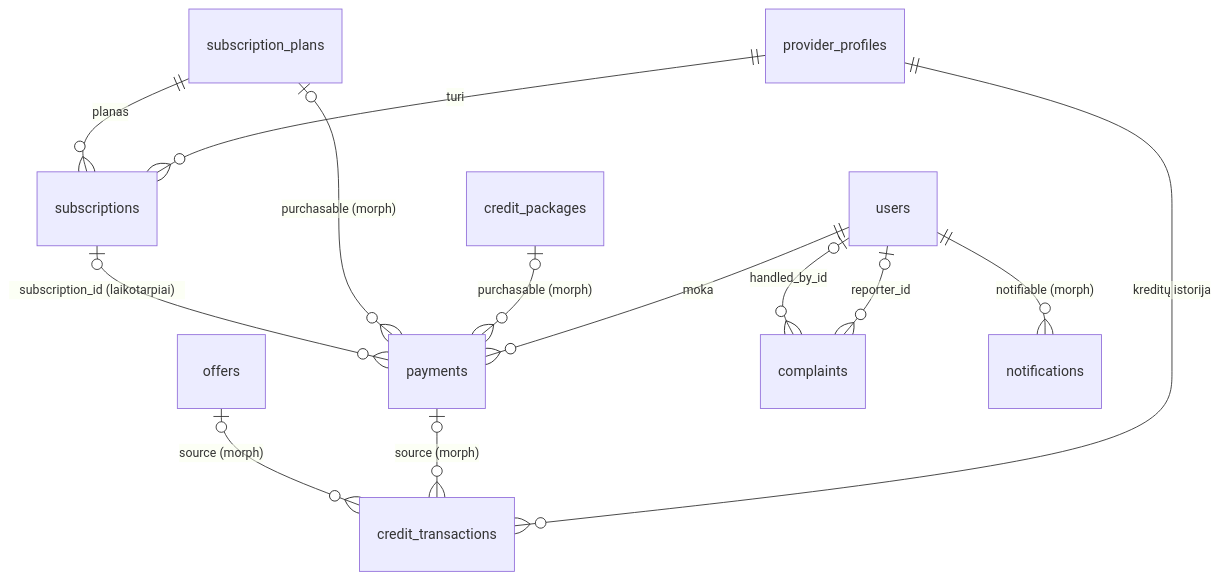
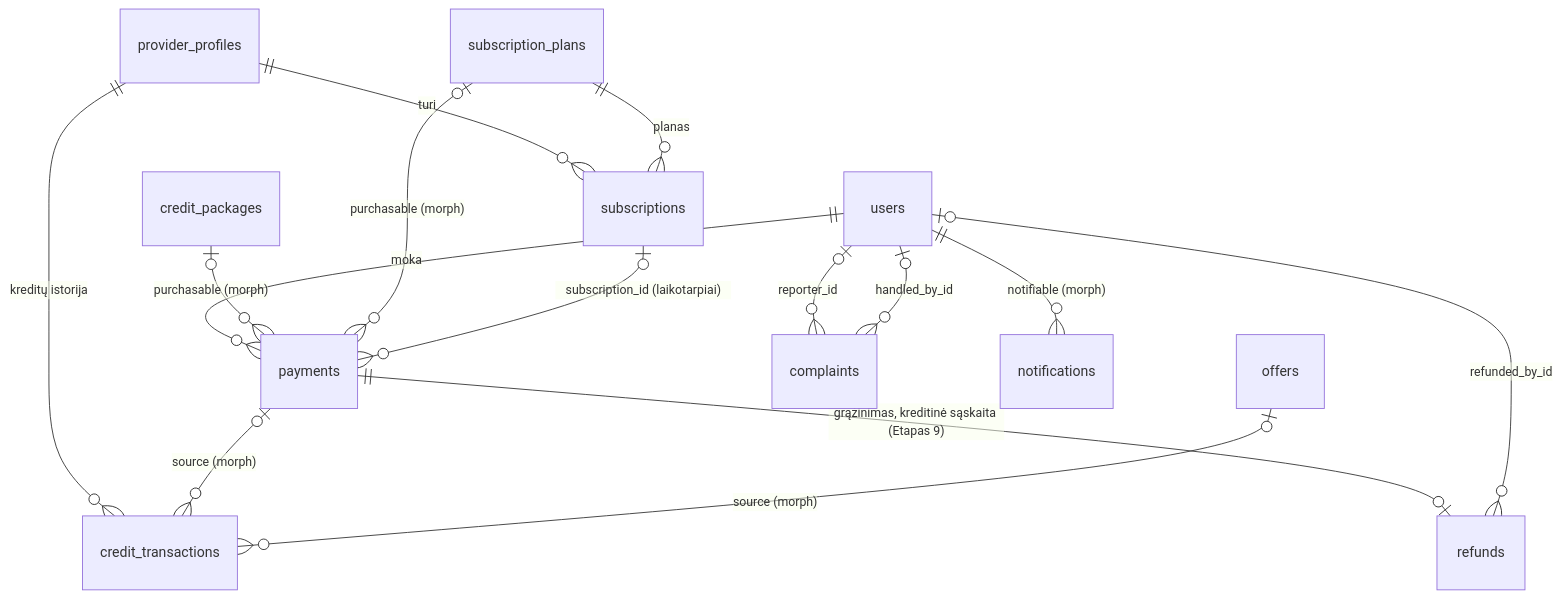
Before and after one commit to ello-lithuania/laravel-service-marketplace: the third of 3 diagrams in docs/DB_SCHEMA.md, drawn with Mermaid. The commit also changed other lines of this file, not shown here.

````diff
--- a/docs/DB_SCHEMA.md
+++ b/docs/DB_SCHEMA.md
@@ -284,15 +286,17 @@
 ```mermaid
 erDiagram
     provider_profiles ||--o{ subscriptions : "turi"
     subscription_plans ||--o{ subscriptions : "planas"
     provider_profiles ||--o{ credit_transactions : "kreditų istorija"
     users ||--o{ payments : "moka"
     payments |o--o{ credit_transactions : "source (morph)"
     offers |o--o{ credit_transactions : "source (morph)"
     credit_packages |o--o{ payments : "purchasable (morph)"
     subscription_plans |o--o{ payments : "purchasable (morph)"
     subscriptions |o--o{ payments : "subscription_id (laikotarpiai)"
+    payments ||--o| refunds : "grąžinimas, kreditinė sąskaita (Etapas 9)"
+    users |o--o{ refunds : "refunded_by_id"
     users |o--o{ complaints : "reporter_id"
     users |o--o{ complaints : "handled_by_id"
     users ||--o{ notifications : "notifiable (morph)"
 ```
````
